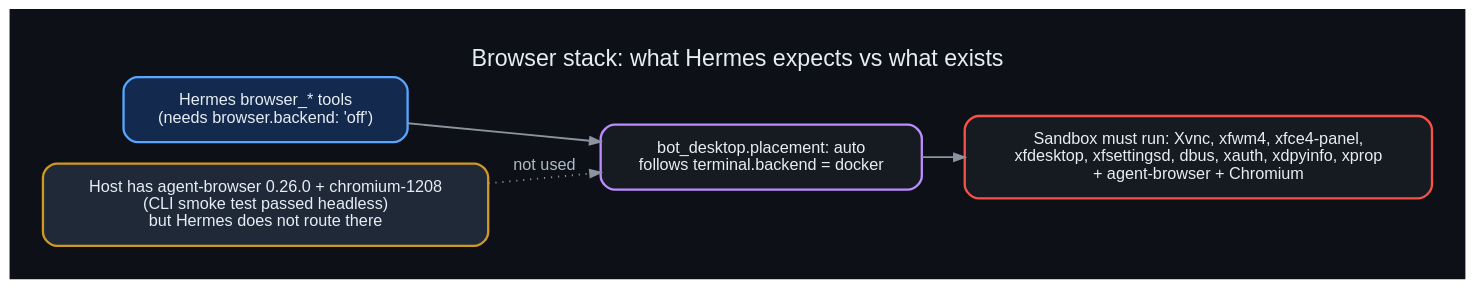
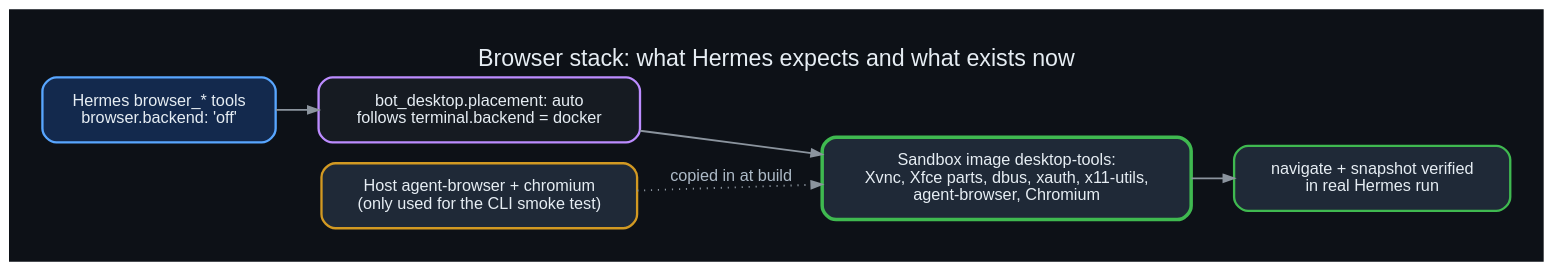
The diagram in diagrams/14_browser_stack.dot (danindiana/hermes-web-search-ddgs), drawn with Graphviz before and after one commit. The commit also changed 38 other files, not shown here.

Commit message:
Browser working via sandboxed desktop image (Dockerfile.desktop); diagrams 35-38; update verification

```diff
--- a/diagrams/14_browser_stack.dot
+++ b/diagrams/14_browser_stack.dot
@@ -1,11 +1,12 @@
 digraph g {
 graph [bgcolor="#0d1117", rankdir=LR, fontname="Helvetica", fontcolor="#e6edf3", labelloc="t", fontsize=20, pad=0.4];
 node  [fontname="Helvetica", fontcolor="#e6edf3", color="#30363d", style="filled,rounded", shape=box, penwidth=2, margin="0.25,0.18", fillcolor="#161b22"];
 edge  [color="#8b949e", fontname="Helvetica", fontcolor="#adbac7", penwidth=1.6, arrowsize=0.9];
-label="Browser stack: what Hermes expects vs what exists";
-a [label="Hermes browser_* tools\n(needs browser.backend: 'off')", color="#58a6ff", fillcolor="#13294d"];
+label="Browser stack: what Hermes expects and what exists now";
+a [label="Hermes browser_* tools\nbrowser.backend: 'off'", color="#58a6ff", fillcolor="#13294d"];
 p [label="bot_desktop.placement: auto\nfollows terminal.backend = docker", color="#bc8cff"];
-s [label="Sandbox must run: Xvnc, xfwm4, xfce4-panel,\nxfdesktop, xfsettingsd, dbus, xauth, xdpyinfo, xprop\n+ agent-browser + Chromium", color="#f85149"];
-h [label="Host has agent-browser 0.26.0 + chromium-1208\n(CLI smoke test passed headless)\nbut Hermes does not route there", color="#d29922", fillcolor="#1f2937"];
-a->p->s; h->p [style=dotted, label="not used"];
+s [label="Sandbox image desktop-tools:\nXvnc, Xfce parts, dbus, xauth, x11-utils,\nagent-browser, Chromium", color="#3fb950", fillcolor="#1f2937", penwidth=3];
+v [label="navigate + snapshot verified\nin real Hermes run", color="#3fb950", fillcolor="#1f2937"];
+h [label="Host agent-browser + chromium\n(only used for the CLI smoke test)", color="#d29922", fillcolor="#1f2937"];
+a->p->s->v; h->s [style=dotted, label="copied in at build"];
 }
```
